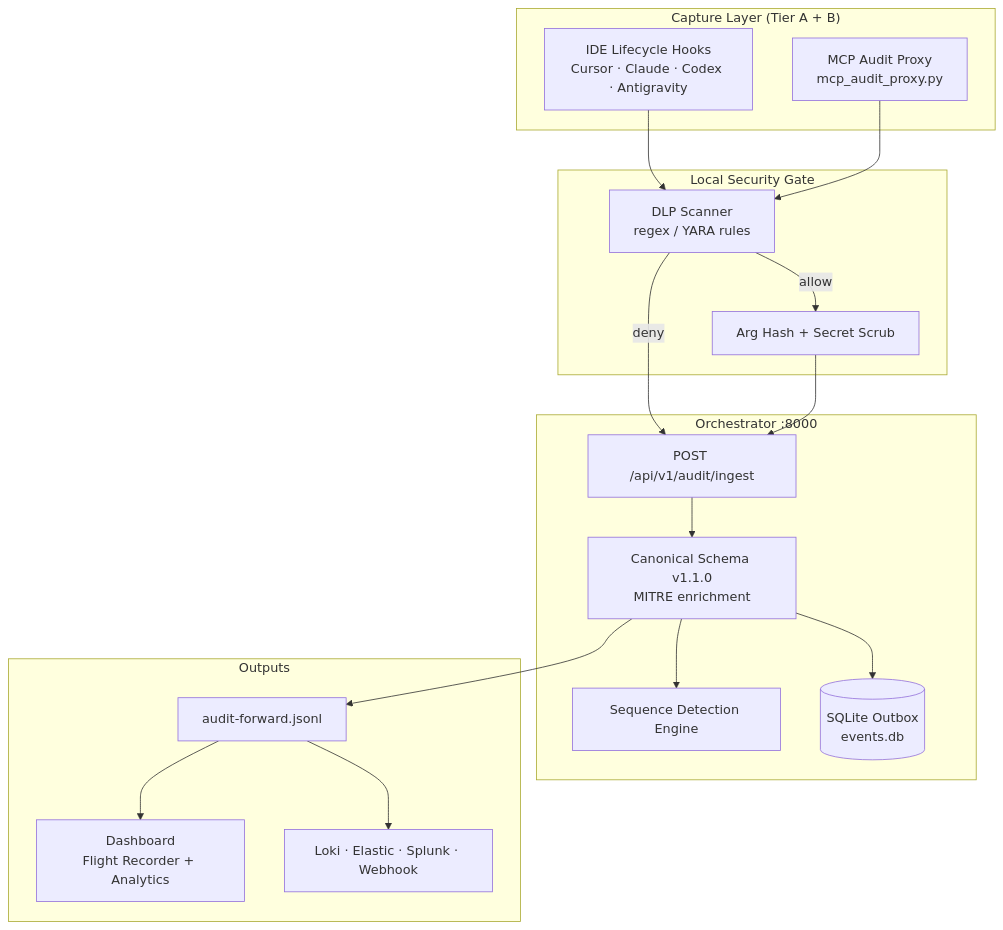
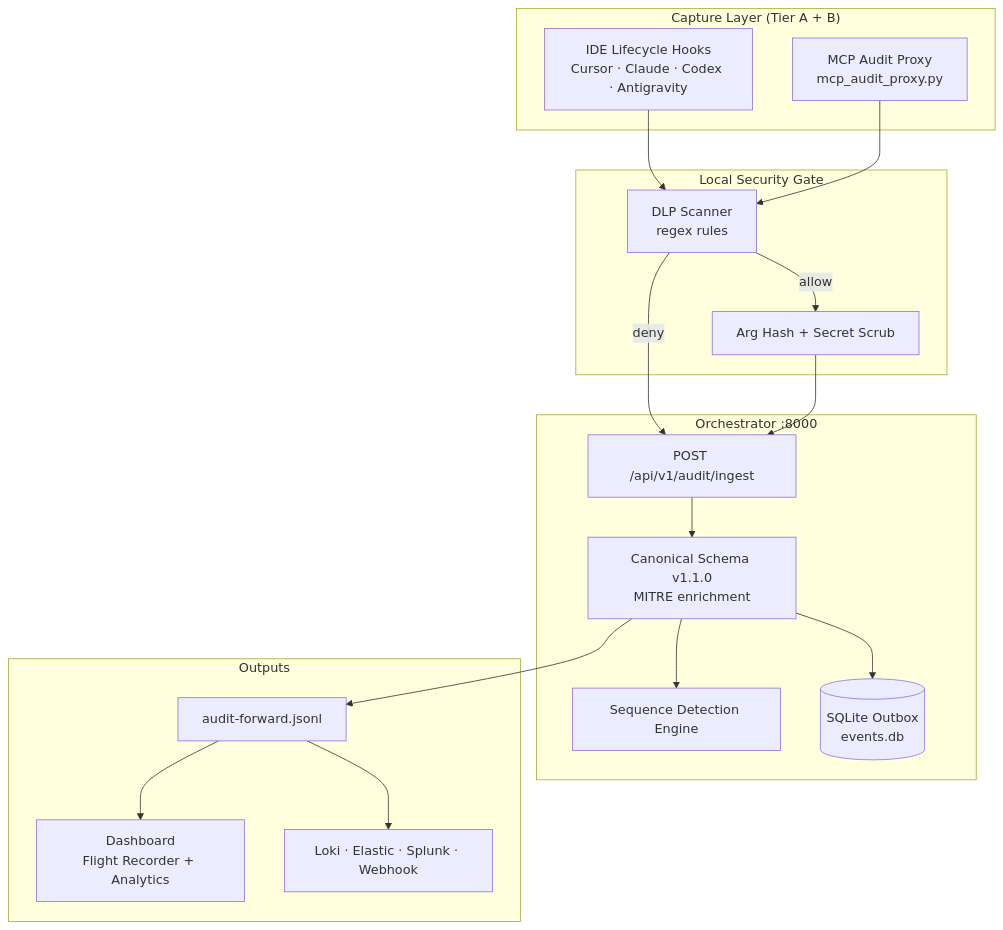
One commit to blitzcrieg1/agentmetry changed the first of 4 diagrams in README.md. Above: the diagram before and after it, drawn with Mermaid. The commit also changed other lines of this file, not shown here.

````diff
--- a/README.md
+++ b/README.md
@@ -147,37 +147,37 @@
 ```mermaid
 flowchart TB
   subgraph Capture["Capture Layer (Tier A + B)"]
     HOOKS["IDE Lifecycle Hooks<br/>Cursor · Claude · Codex · Antigravity"]
     PROXY["MCP Audit Proxy<br/>mcp_audit_proxy.py"]
   end
 
   subgraph Gate["Local Security Gate"]
-    DLP["DLP Scanner<br/>regex / YARA rules"]
+    DLP["DLP Scanner<br/>regex rules"]
     HASH["Arg Hash + Secret Scrub"]
   end
 
   subgraph Core["Orchestrator :8000"]
     INGEST["POST /api/v1/audit/ingest"]
     CANON["Canonical Schema v1.1.0<br/>MITRE enrichment"]
     DETECT["Sequence Detection Engine"]
     OUTBOX[("SQLite Outbox<br/>events.db")]
   end
 
   subgraph Output["Outputs"]
     JSONL["audit-forward.jsonl"]
     DASH["Dashboard<br/>Flight Recorder + Analytics"]
     SIEM["Loki · Elastic · Splunk · Webhook"]
   end
 
   HOOKS --> DLP
   PROXY --> DLP
   DLP -->|allow| HASH
   DLP -->|deny| INGEST
   HASH --> INGEST
   INGEST --> CANON
   CANON --> OUTBOX
   CANON --> JSONL
   CANON --> DETECT
   JSONL --> DASH
   JSONL --> SIEM
 ```
````
